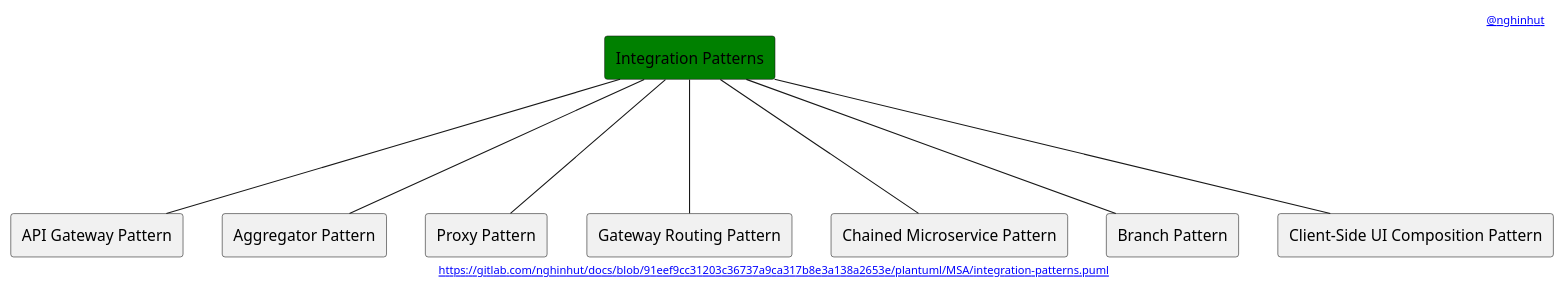
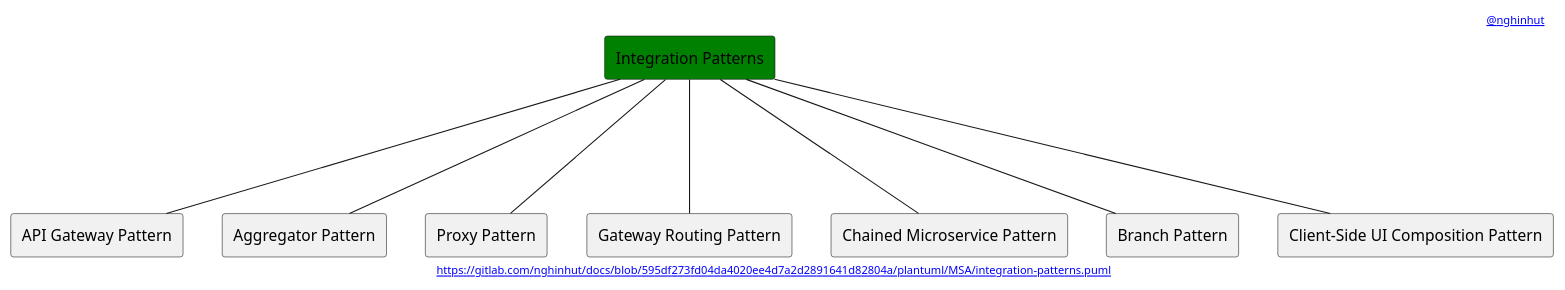
The diagram in plantuml/MSA/integration-patterns.puml (nghinhut/docs), drawn with PlantUML before and after one commit. The commit also changed 24 other files, not shown here.

Commit message:
docs(plantuml): update headers

```diff
--- a/plantuml/MSA/integration-patterns.puml
+++ b/plantuml/MSA/integration-patterns.puml
@@ -1,24 +1,24 @@
 @startuml
 '-----START auto generated metadata please keep comment here to allow auto update-----
 '-----DON'T EDIT THIS SECTION, INSTEAD RE-RUN prebuild.sh TO UPDATE-----
-header [[https://www.nghinhut.dev?from=http%5C%3A%5C%2F%5C%2Fwww%5C.plantuml%5C.com%5C%2Fplantuml%5C%2Fproxy%3Ffmt%3Dsvg%5C%26src%3Dhttps%5C%3A%5C%2F%5C%2Fgitlab%5C.com%5C%2Fnghinhut%5C%2Fdocs%5C%2Fraw%5C%2F91eef9cc31203c36737a9ca317b8e3a138a2653e%5C%2Fplantuml%5C%2FMSA%5C%2Fintegration-patterns%5C.puml%0A @nghinhut]]
-footer [[http://www.plantuml.com/plantuml/proxy?fmt=svg&src=https://gitlab.com/nghinhut/docs/raw/91eef9cc31203c36737a9ca317b8e3a138a2653e/plantuml/MSA/integration-patterns.puml https://gitlab.com/nghinhut/docs/blob/91eef9cc31203c36737a9ca317b8e3a138a2653e/plantuml/MSA/integration-patterns.puml]]
+header [[https://www.nghinhut.dev?from=http%5C%3A%5C%2F%5C%2Fwww%5C.plantuml%5C.com%5C%2Fplantuml%5C%2Fproxy%3Ffmt%3Dsvg%5C%26src%3Dhttps%5C%3A%5C%2F%5C%2Fgitlab%5C.com%5C%2Fnghinhut%5C%2Fdocs%5C%2Fraw%5C%2F595df273fd04da4020ee4d7a2d2891641d82804a%5C%2Fplantuml%5C%2FMSA%5C%2Fintegration-patterns%5C.puml%0A @nghinhut]]
+footer [[http://www.plantuml.com/plantuml/proxy?fmt=svg&src=https://gitlab.com/nghinhut/docs/raw/595df273fd04da4020ee4d7a2d2891641d82804a/plantuml/MSA/integration-patterns.puml https://gitlab.com/nghinhut/docs/blob/595df273fd04da4020ee4d7a2d2891641d82804a/plantuml/MSA/integration-patterns.puml]]
 '-----END auto generated metadata please keep comment here to allow auto update-----
 
 rectangle "Integration Patterns" as Integration #green
 
 rectangle "API Gateway Pattern" as IntegrationP1
 rectangle "Aggregator Pattern" as IntegrationP2
 rectangle "Proxy Pattern" as IntegrationP3
 rectangle "Gateway Routing Pattern" as IntegrationP4
 rectangle "Chained Microservice Pattern" as IntegrationP5
 rectangle "Branch Pattern" as IntegrationP6
 rectangle "Client-Side UI Composition Pattern" as IntegrationP7
 Integration --- IntegrationP1
 Integration --- IntegrationP2
 Integration --- IntegrationP3
 Integration --- IntegrationP4
 Integration --- IntegrationP5
 Integration --- IntegrationP6
 Integration --- IntegrationP7
 @enduml
```
